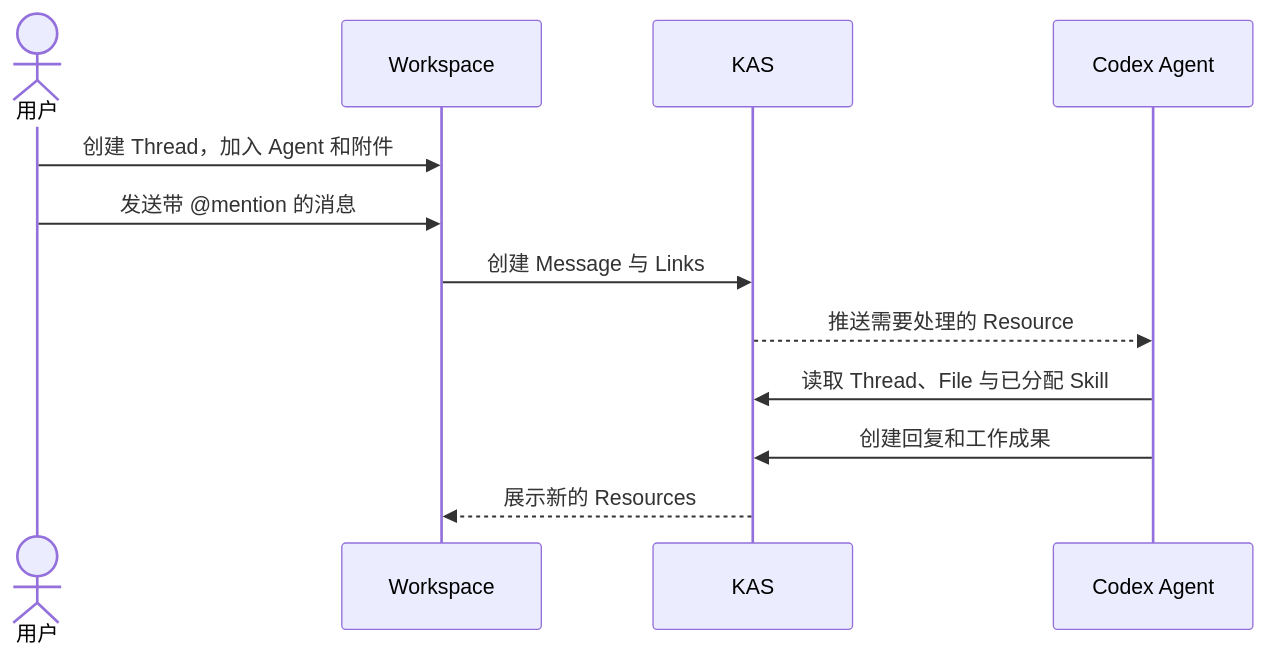
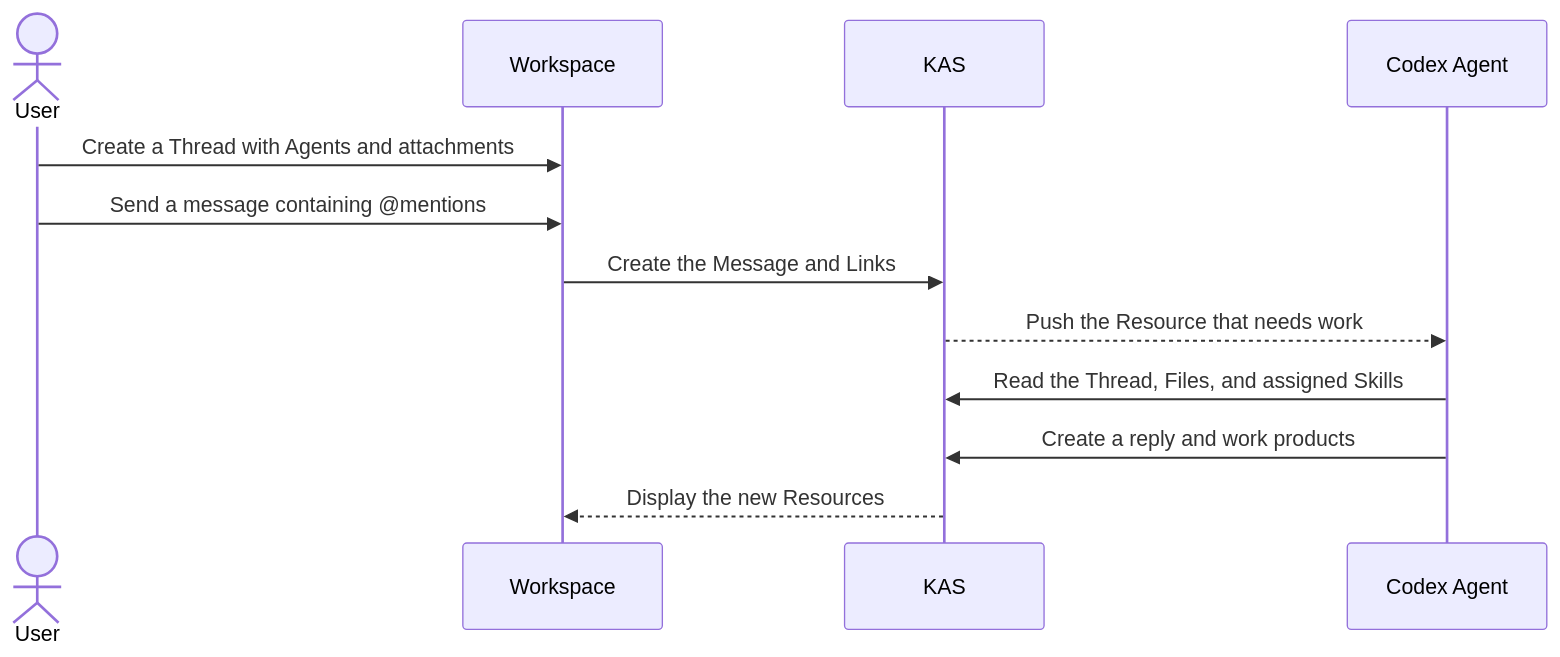
The second of 3 diagrams in platform/README.md (kdxcxs/kas), drawn with Mermaid before and after one commit. The commit also changed other lines of this file and 4 other files, not shown here.

````diff
--- a/platform/README.md
+++ b/platform/README.md
@@ -38,15 +42,15 @@
 ```mermaid
 sequenceDiagram
-    actor User as 用户
+    actor User
     participant UI as Workspace
-    participant KAS as KAS
+    participant KAS
     participant Agent as Codex Agent
 
-    User->>UI: 创建 Thread，加入 Agent 和附件
-    User->>UI: 发送带 @mention 的消息
-    UI->>KAS: 创建 Message 与 Links
-    KAS-->>Agent: 推送需要处理的 Resource
-    Agent->>KAS: 读取 Thread、File 与已分配 Skill
-    Agent->>KAS: 创建回复和工作成果
-    KAS-->>UI: 展示新的 Resources
+    User->>UI: Create a Thread with Agents and attachments
+    User->>UI: Send a message containing @mentions
+    UI->>KAS: Create the Message and Links
+    KAS-->>Agent: Push the Resource that needs work
+    Agent->>KAS: Read the Thread, Files, and assigned Skills
+    Agent->>KAS: Create a reply and work products
+    KAS-->>UI: Display the new Resources
 ```
````
